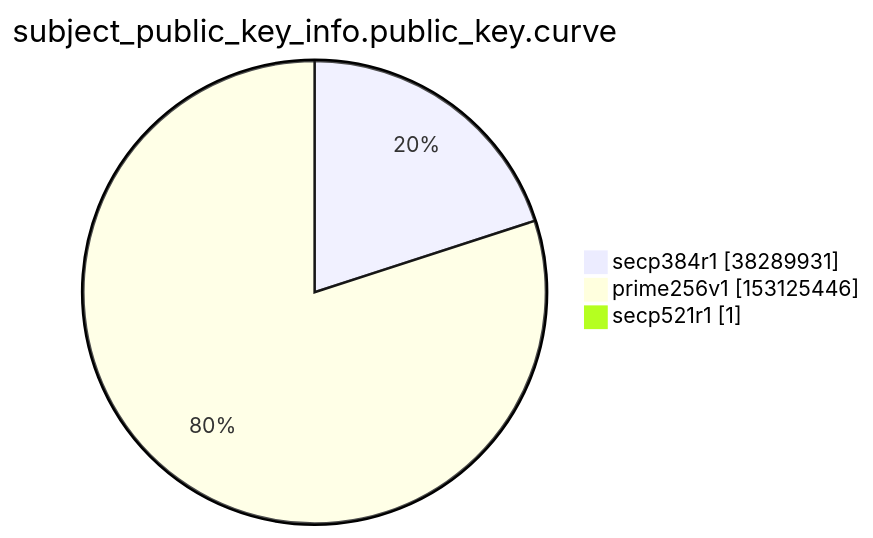
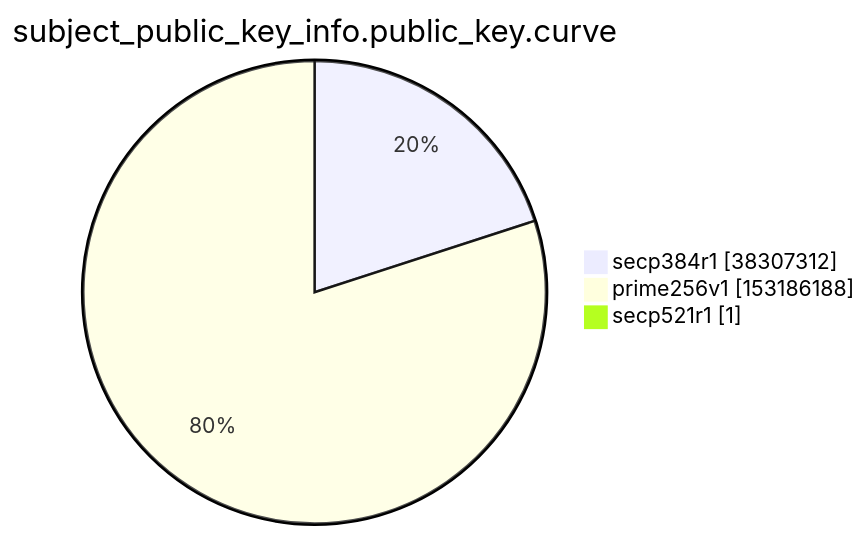
The ninth of 15 diagrams in xenon2022/README.md (christiankrug/ctmonitor_visualization), drawn with Mermaid before and after one commit. The commit also changed other lines of this file, not shown here.

````diff
--- a/xenon2022/README.md
+++ b/xenon2022/README.md
@@ -2861,7 +2861,7 @@
 ```mermaid
 pie showData
 title subject_public_key_info.public_key.curve
-"secp384r1" :38289931
-"prime256v1" :153125446
+"secp384r1" :38307312
+"prime256v1" :153186188
 "secp521r1" :1
 ```
````
